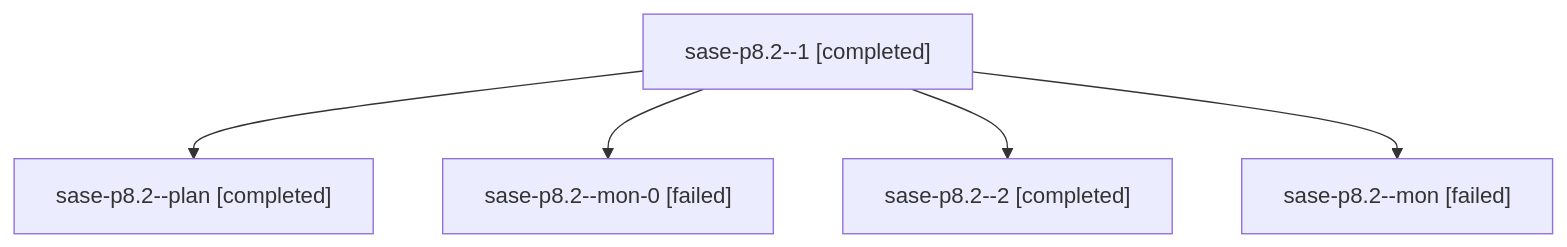
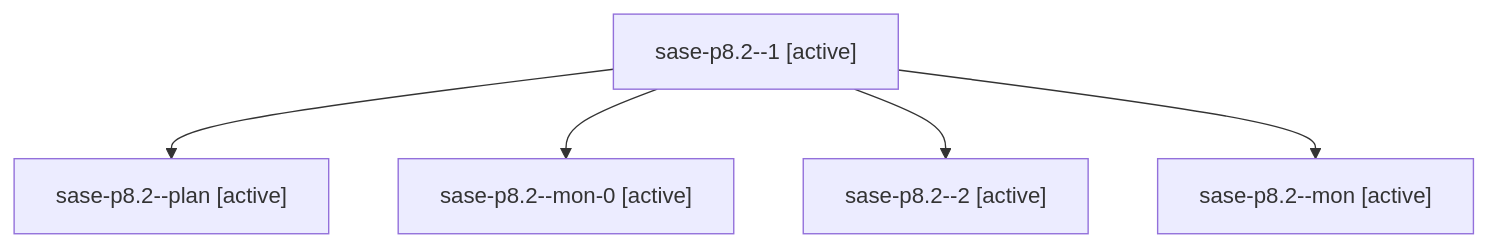
One commit to sase-org/sase--agents changed the diagram in families/bbugyi200.athena.sase-p8.2.md. Above: the diagram before and after it, drawn with Mermaid. The commit also changed other lines of this file and 35830 other files, not shown here.

````diff
--- a/families/bbugyi200.athena.sase-p8.2.md
+++ b/families/bbugyi200.athena.sase-p8.2.md
@@ -9,12 +9,12 @@
 ```mermaid
 flowchart TD
-  n0["sase-p8.2--1 [completed]"]
-  n1["sase-p8.2--plan [completed]"]
+  n0["sase-p8.2--1 [active]"]
+  n1["sase-p8.2--plan [active]"]
   n0 --> n1
-  n2["sase-p8.2--mon-0 [failed]"]
+  n2["sase-p8.2--mon-0 [active]"]
   n0 --> n2
-  n3["sase-p8.2--2 [completed]"]
+  n3["sase-p8.2--2 [active]"]
   n0 --> n3
-  n4["sase-p8.2--mon [failed]"]
+  n4["sase-p8.2--mon [active]"]
   n0 --> n4
 ```
````
